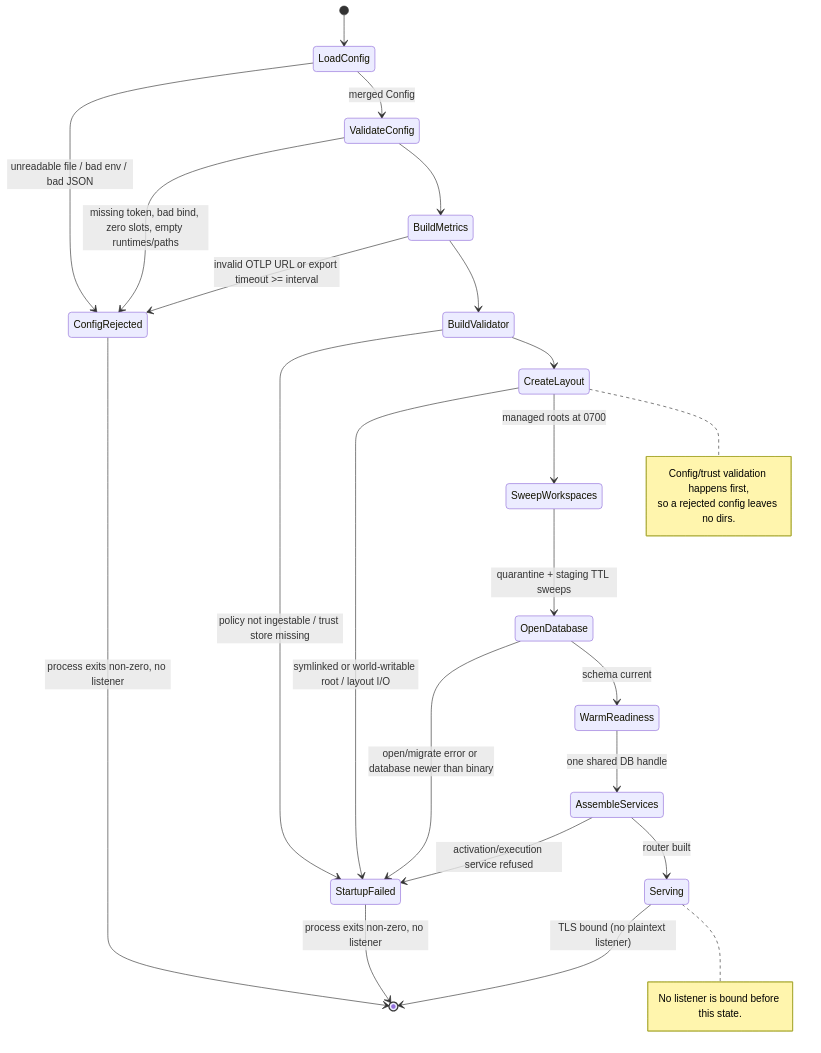
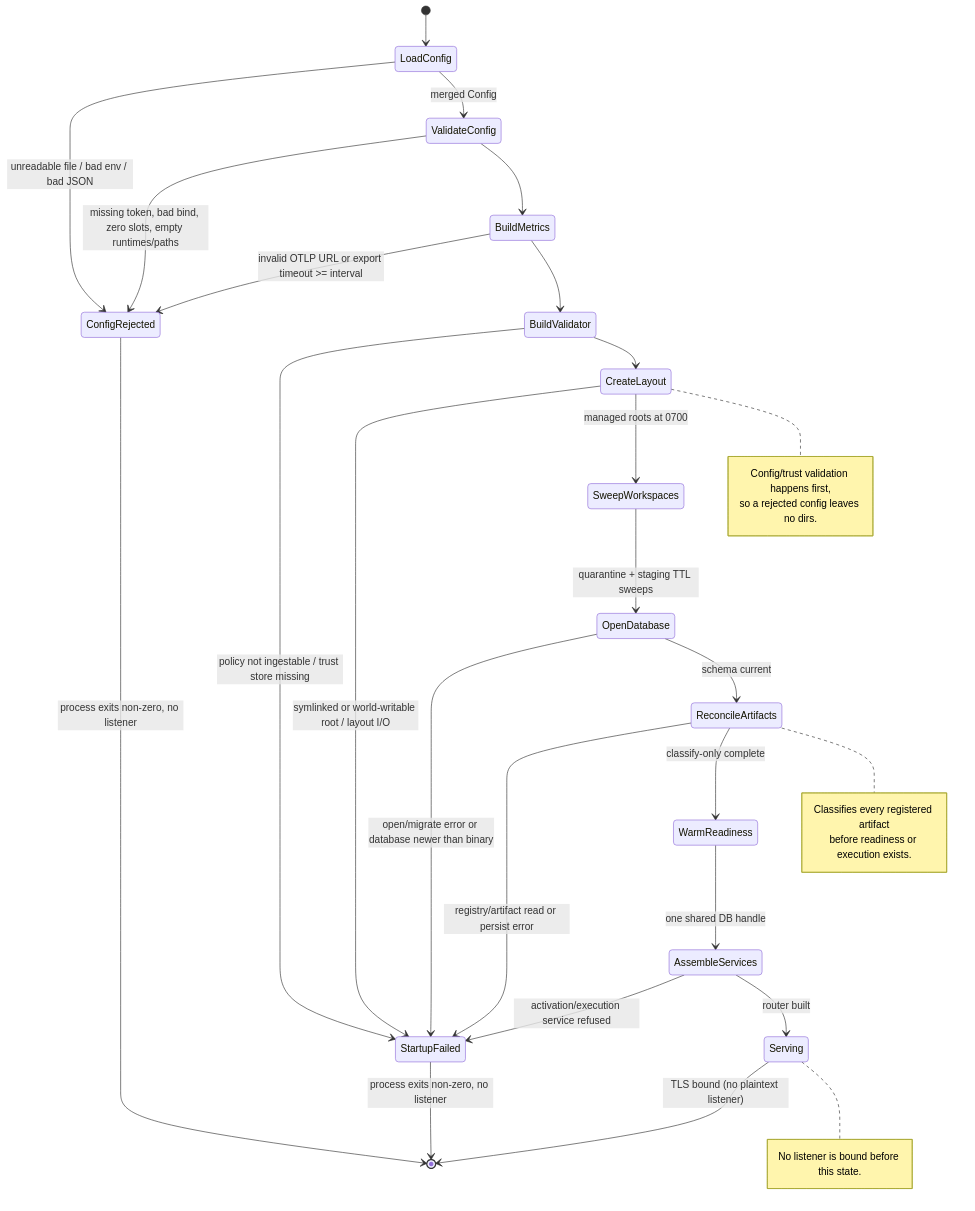
Before and after one commit to nicknad/conductor: the first of 14 diagrams in docs/statecharts.md, drawn with Mermaid. The commit also changed other lines of this file and 11 other files, not shown here.

First line of the commit message:
feat(reconcile): add classify-only startup reconciliation (#14)

````diff
--- a/docs/statecharts.md
+++ b/docs/statecharts.md
@@ -14,31 +15,37 @@
 ```mermaid
 stateDiagram-v2
     [*] --> LoadConfig
     LoadConfig --> ConfigRejected: unreadable file / bad env / bad JSON
     LoadConfig --> ValidateConfig: merged Config
     ValidateConfig --> ConfigRejected: missing token, bad bind, zero slots, empty runtimes/paths
     ValidateConfig --> BuildMetrics
     BuildMetrics --> ConfigRejected: invalid OTLP URL or export timeout >= interval
     BuildMetrics --> BuildValidator
     BuildValidator --> StartupFailed: policy not ingestable / trust store missing
     BuildValidator --> CreateLayout
     CreateLayout --> StartupFailed: symlinked or world-writable root / layout I/O
     CreateLayout --> SweepWorkspaces: managed roots at 0700
     SweepWorkspaces --> OpenDatabase: quarantine + staging TTL sweeps
     OpenDatabase --> StartupFailed: open/migrate error or database newer than binary
-    OpenDatabase --> WarmReadiness: schema current
+    OpenDatabase --> ReconcileArtifacts: schema current
+    ReconcileArtifacts --> StartupFailed: registry/artifact read or persist error
+    ReconcileArtifacts --> WarmReadiness: classify-only complete
     WarmReadiness --> AssembleServices: one shared DB handle
     AssembleServices --> StartupFailed: activation/execution service refused
     AssembleServices --> Serving: router built
     Serving --> [*]: TLS bound (no plaintext listener)
     ConfigRejected --> [*]: process exits non-zero, no listener
     StartupFailed --> [*]: process exits non-zero, no listener
 
     note right of CreateLayout
         Config/trust validation happens first,
         so a rejected config leaves no dirs.
     end note
+    note right of ReconcileArtifacts
+        Classifies every registered artifact
+        before readiness or execution exists.
+    end note
     note right of Serving
         No listener is bound before this state.
     end note
 ```
````
